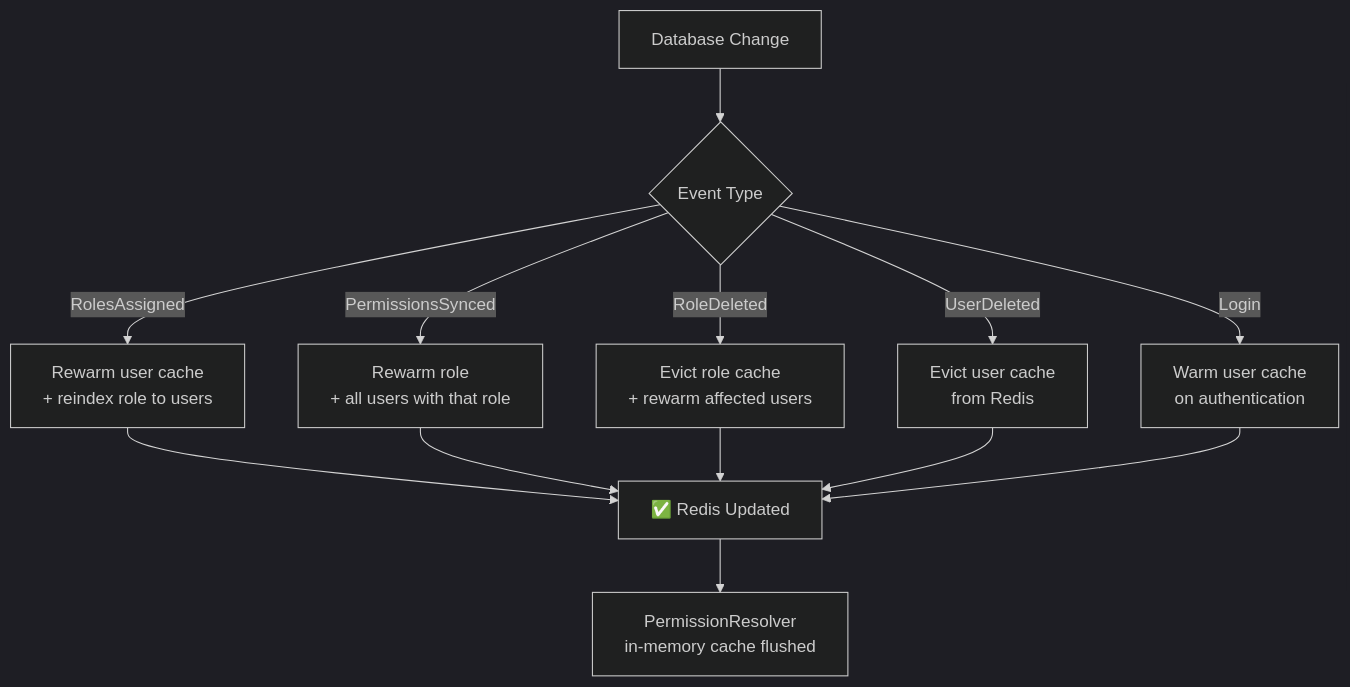
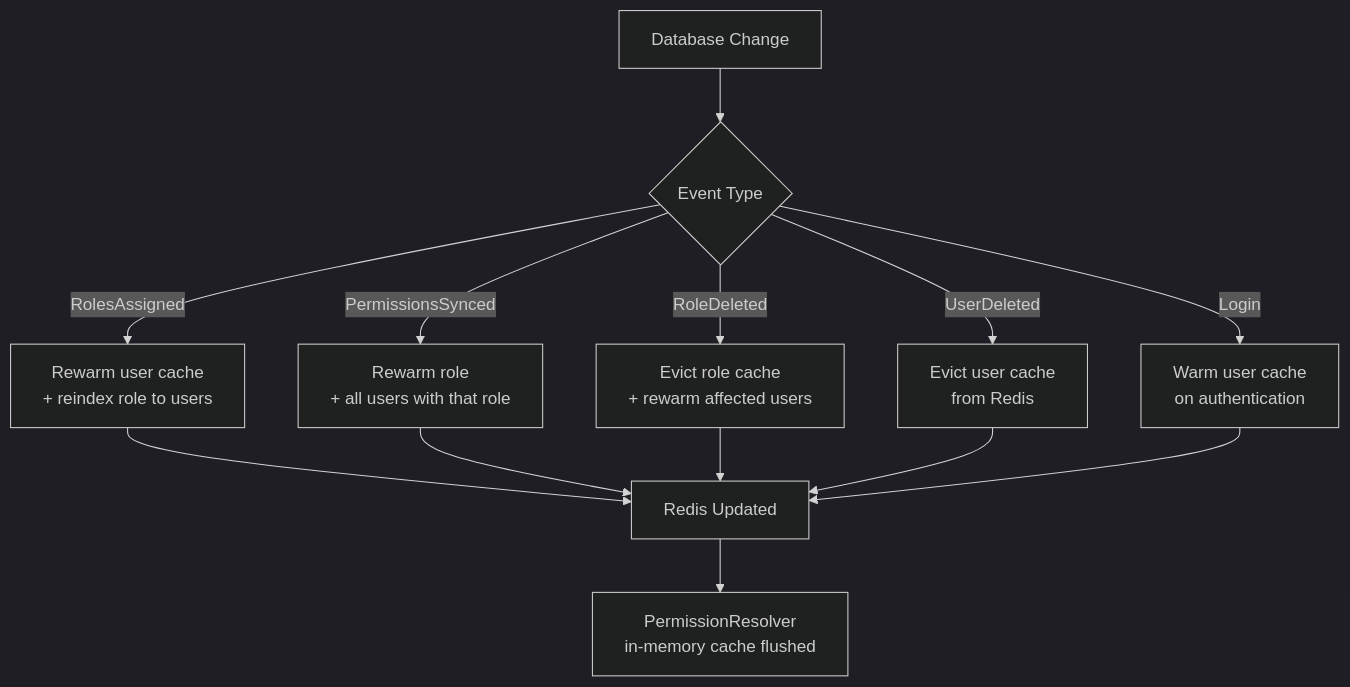
Before and after one commit to scabarcas17/laravel-permissions-redis: the fourth of 4 diagrams in README.md, drawn with Mermaid (dark theme). The commit also changed other lines of this file and 6 other files, not shown here.

````diff
--- a/README.md
+++ b/README.md
@@ -198,17 +192,17 @@
 ```mermaid
 flowchart TD
     A["Database Change"] --> B{"Event Type"}
 
     B -- "RolesAssigned" --> D["Rewarm user cache\n+ reindex role to users"]
     B -- "PermissionsSynced" --> E["Rewarm role\n+ all users with that role"]
     B -- "RoleDeleted" --> F["Evict role cache\n+ rewarm affected users"]
     B -- "UserDeleted" --> G["Evict user cache\nfrom Redis"]
     B -- "Login" --> H["Warm user cache\non authentication"]
 
-    D --> I["✅ Redis Updated"]
+    D --> I["Redis Updated"]
     E --> I
     F --> I
     G --> I
     H --> I
     I --> J["PermissionResolver\nin-memory cache flushed"]
 ```
````
